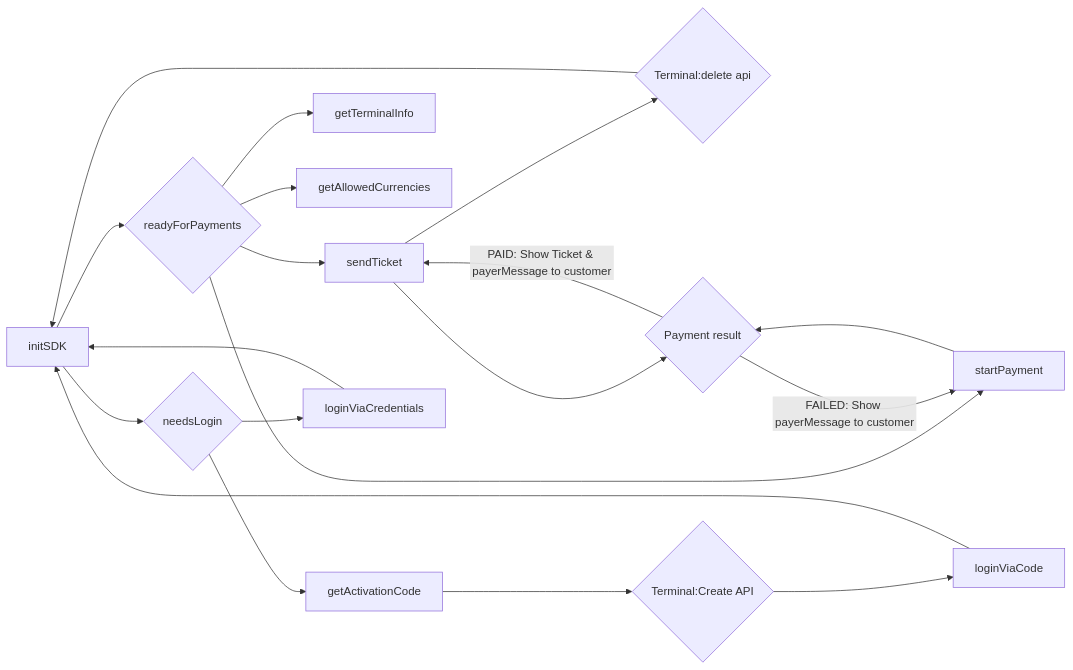
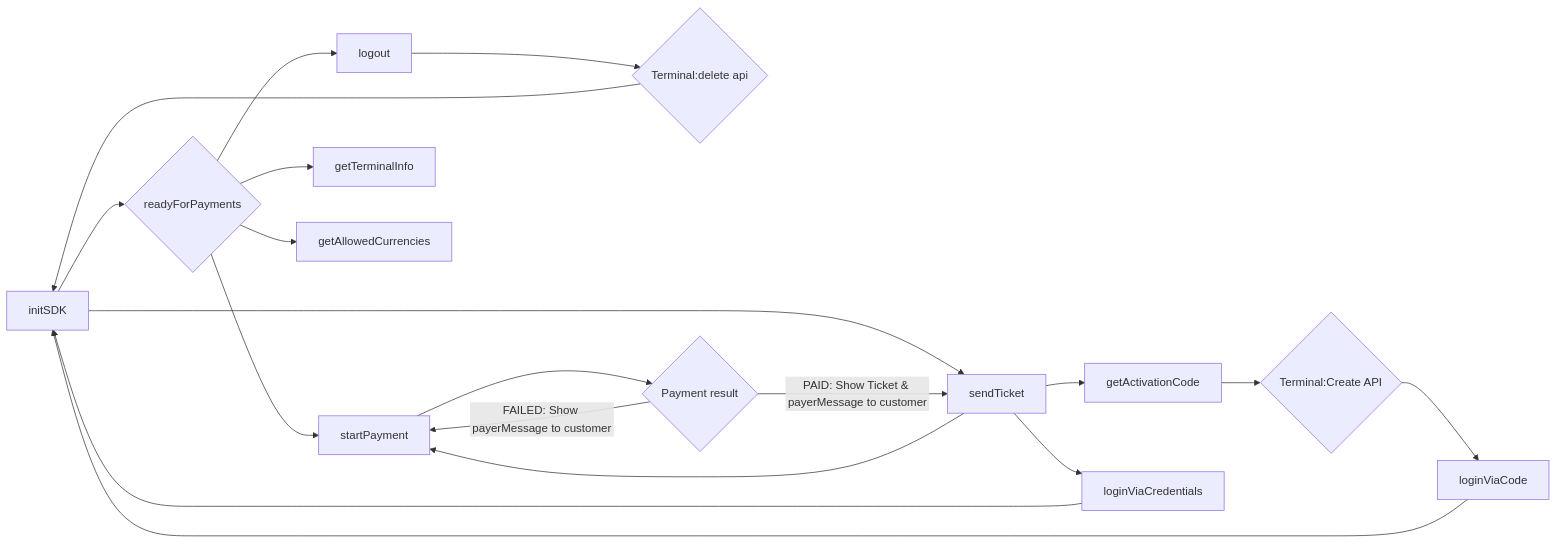
The diagram in docs/sdk-android-softpos.md (paynl/POS.SDK), drawn with Mermaid before and after one commit. The commit also changed 2 other files, not shown here.

````diff
--- a/docs/sdk-android-softpos.md
+++ b/docs/sdk-android-softpos.md
@@ -88,21 +88,21 @@
 ```mermaid
 flowchart LR;
   A[initSDK] --> B{readyForPayments}
   A --> M{needsLogin}
   B --> K[logout]
   K --> L{Terminal:delete api}
   L --> A
   B --> F[startPayment]
   F --> H{Payment result}
-  H --> |PAID: Show Ticket & payerMessage to customer| K
-  K[sendTicket] --> H
+  H --> |PAID: Show Ticket & payerMessage to customer| M
+  M[sendTicket] --> F
   H --> |FAILED: Show payerMessage to customer| F
   B --> I[getTerminalInfo]
   B --> J[getAllowedCurrencies]
   M --> C[getActivationCode]
   C --> D{Terminal:Create API}
   D --> E[loginViaCode]
   E --> A
   M --> G[loginViaCredentials]
   G --> A
 ```
````
